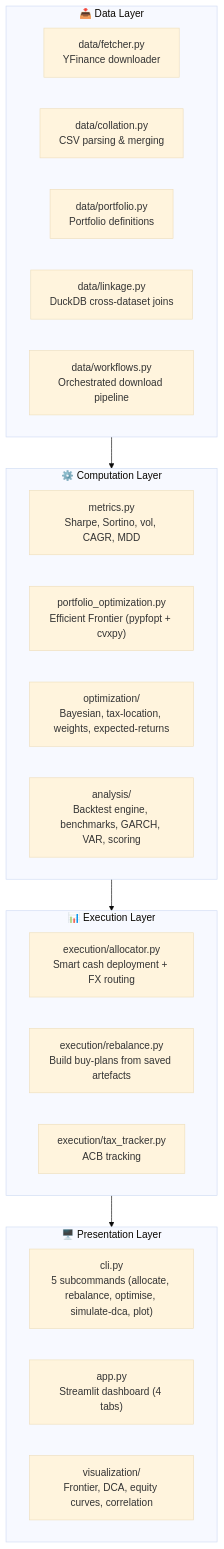
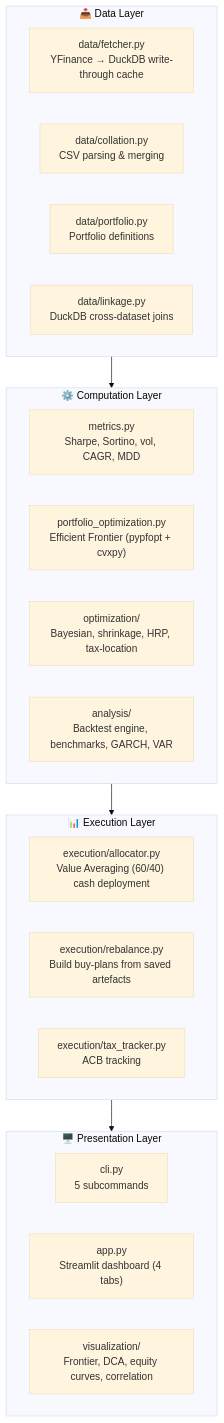
The diagram in README.md (janusson/PySharpe), drawn with Mermaid (base theme) before and after one commit. The commit also changed other lines of this file and 66 other files, not shown here.

````diff
--- a/README.md
+++ b/README.md
@@ -71,48 +170,46 @@
 ```mermaid
 flowchart TD
     subgraph Input["📥 Data Layer"]
         D1["data/fetcher.py
-YFinance downloader"]
+YFinance → DuckDB write-through cache"]
         D2["data/collation.py
 CSV parsing & merging"]
         D3["data/portfolio.py
 Portfolio definitions"]
         D4["data/linkage.py
 DuckDB cross-dataset joins"]
-        D5["data/workflows.py
-Orchestrated download pipeline"]
     end
 
     subgraph Compute["⚙️ Computation Layer"]
         M["metrics.py
 Sharpe, Sortino, vol, CAGR, MDD"]
         PO["portfolio_optimization.py
 Efficient Frontier (pypfopt + cvxpy)"]
         OPT["optimization/
-Bayesian, tax-location, weights, expected-returns"]
+Bayesian, shrinkage, HRP, tax-location"]
         AN["analysis/
-Backtest engine, benchmarks, GARCH, VAR, scoring"]
+Backtest engine, benchmarks, GARCH, VAR"]
     end
 
     subgraph Execute["📊 Execution Layer"]
         AL["execution/allocator.py
-Smart cash deployment + FX routing"]
+Value Averaging (60/40) cash deployment"]
         RB["execution/rebalance.py
 Build buy-plans from saved artefacts"]
         TX["execution/tax_tracker.py
 ACB tracking"]
     end
 
     subgraph Present["🖥️ Presentation Layer"]
         CLI["cli.py
-5 subcommands (allocate, rebalance, optimise, simulate-dca, plot)"]
+5 subcommands"]
         APP["app.py
 Streamlit dashboard (4 tabs)"]
         VIZ["visualization/
 Frontier, DCA, equity curves, correlation"]
     end
 
     Input --> Compute
     Compute --> Execute
     Execute --> Present
 ```
````
